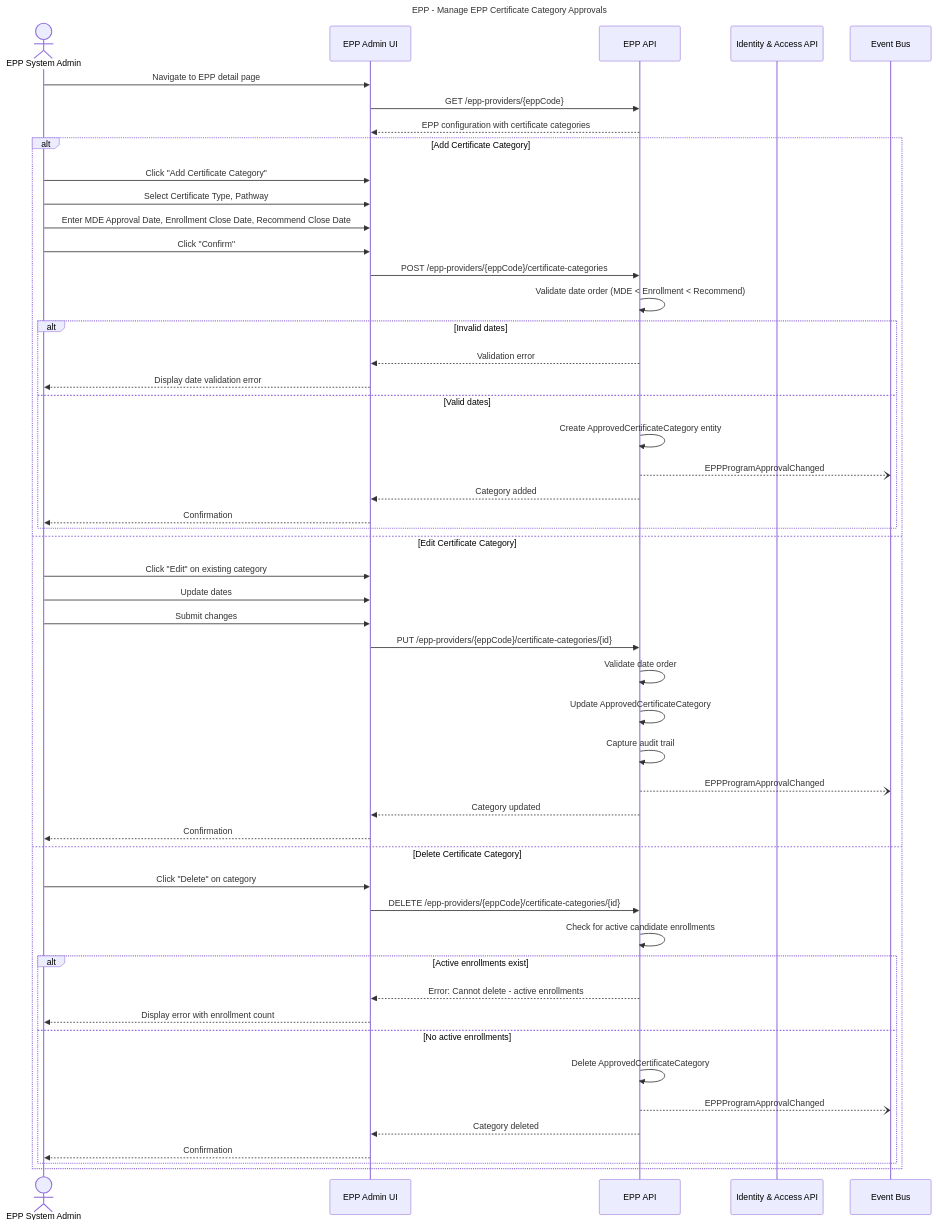
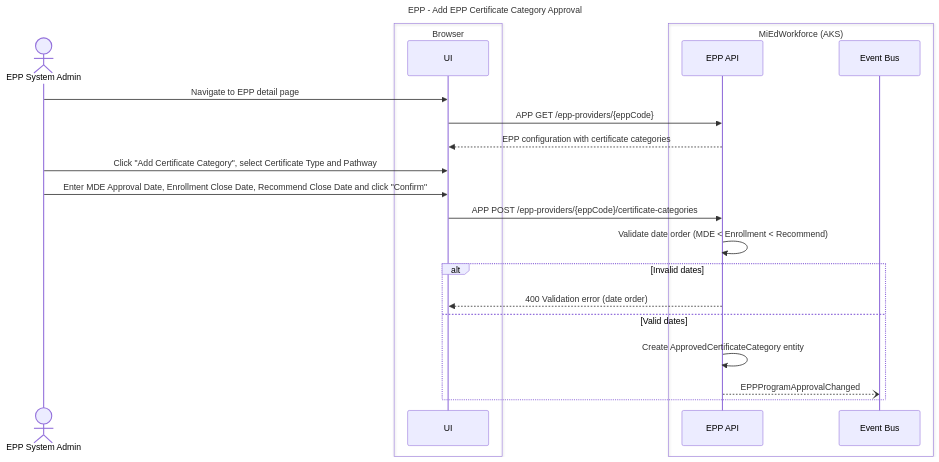
The third of 29 diagrams in working-docs/solution-areas/epp/epp-sequences.md (mnichols-dl/mied-design), drawn with Mermaid before and after one commit. The commit also changed other lines of this file and 34 other files, not shown here.

Commit message:
Update sequences and perform RTM assessment

````diff
--- a/working-docs/solution-areas/epp/epp-sequences.md
+++ b/working-docs/solution-areas/epp/epp-sequences.md
@@ -153,64 +145,31 @@
 ```mermaid
 ---
-title: EPP - Manage EPP Certificate Category Approvals
+title: EPP - Add EPP Certificate Category Approval
 ---
 sequenceDiagram
     actor Admin as EPP System Admin
-    participant UI as EPP Admin UI
-    participant EPPService as EPP API
-    participant IAM as Identity & Access API
+    box Browser
+    participant UI as UI
+    end
+    box MiEdWorkforce (AKS)
+    participant EppApi as EPP API
     participant EventBus as Event Bus
-    
+    end
+
     Admin->>UI: Navigate to EPP detail page
-    UI->>EPPService: GET /epp-providers/{eppCode}
-    EPPService-->>UI: EPP configuration with certificate categories
-    
-    alt Add Certificate Category
-        Admin->>UI: Click "Add Certificate Category"
-        Admin->>UI: Select Certificate Type, Pathway
-        Admin->>UI: Enter MDE Approval Date, Enrollment Close Date, Recommend Close Date
-        Admin->>UI: Click "Confirm"
-        
-        UI->>EPPService: POST /epp-providers/{eppCode}/certificate-categories
-        EPPService->>EPPService: Validate date order (MDE < Enrollment < Recommend)
-        
-        alt Invalid dates
-            EPPService-->>UI: Validation error
-            UI-->>Admin: Display date validation error
-        else Valid dates
-            EPPService->>EPPService: Create ApprovedCertificateCategory entity
-            EPPService--)EventBus: EPPProgramApprovalChanged
-            EPPService-->>UI: Category added
-            UI-->>Admin: Confirmation
-        end
-        
-    else Edit Certificate Category
-        Admin->>UI: Click "Edit" on existing category
-        Admin->>UI: Update dates
-        Admin->>UI: Submit changes
-        
-        UI->>EPPService: PUT /epp-providers/{eppCode}/certificate-categories/{id}
-        EPPService->>EPPService: Validate date order
-        EPPService->>EPPService: Update ApprovedCertificateCategory
-        EPPService->>EPPService: Capture audit trail
-        
-        EPPService--)EventBus: EPPProgramApprovalChanged
-        EPPService-->>UI: Category updated
-        UI-->>Admin: Confirmation
-        
-    else Delete Certificate Category
-        Admin->>UI: Click "Delete" on category
-        UI->>EPPService: DELETE /epp-providers/{eppCode}/certificate-categories/{id}
-        
-        EPPService->>EPPService: Check for active candidate enrollments
-        alt Active enrollments exist
-            EPPService-->>UI: Error: Cannot delete - active enrollments
-            UI-->>Admin: Display error with enrollment count
-        else No active enrollments
-            EPPService->>EPPService: Delete ApprovedCertificateCategory
-            EPPService--)EventBus: EPPProgramApprovalChanged
-            EPPService-->>UI: Category deleted
-            UI-->>Admin: Confirmation
-        end
+    UI->>EppApi: APP GET /epp-providers/{eppCode}
+    EppApi-->>UI: EPP configuration with certificate categories
+
+    Admin->>UI: Click "Add Certificate Category", select Certificate Type and Pathway
+    Admin->>UI: Enter MDE Approval Date, Enrollment Close Date, Recommend Close Date and click "Confirm"
+
+    UI->>EppApi: APP POST /epp-providers/{eppCode}/certificate-categories
+    EppApi->>EppApi: Validate date order (MDE < Enrollment < Recommend)
+
+    alt Invalid dates
+        EppApi-->>UI: 400 Validation error (date order)
+    else Valid dates
+        EppApi->>EppApi: Create ApprovedCertificateCategory entity
+        EppApi--)EventBus: EPPProgramApprovalChanged
     end
 ```
````
